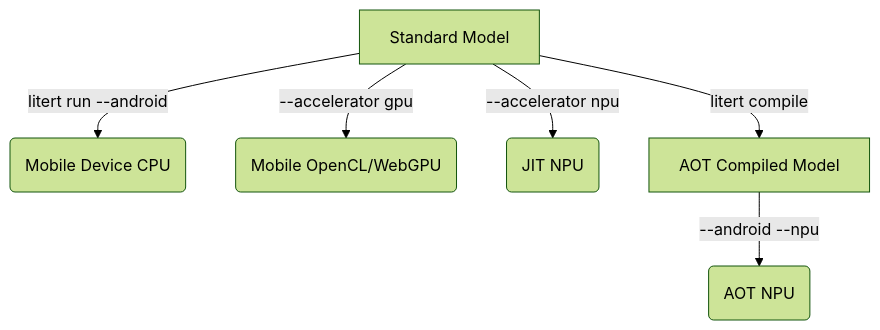
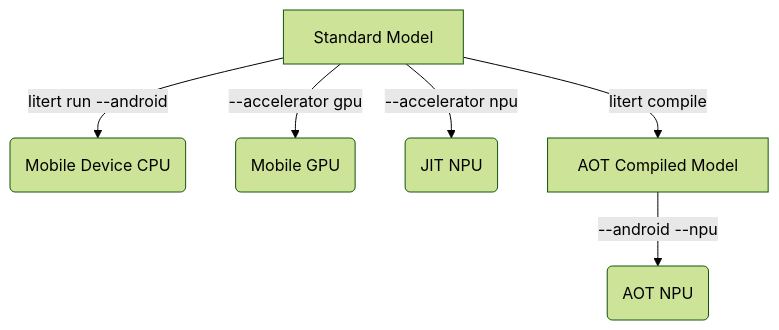
One commit to google-ai-edge/LiteRT-CLI changed the third of 3 diagrams in examples/codelabs/cli_101.md. Above: the diagram before and after it, drawn with Mermaid (forest theme). The commit also changed other lines of this file and 3 other files, not shown here.

````diff
--- a/examples/codelabs/cli_101.md
+++ b/examples/codelabs/cli_101.md
@@ -280,8 +278,8 @@
 ```mermaid
 graph TD
     A[Standard Model] -->|litert run --android| B(Mobile Device CPU)
-    A -->|--accelerator gpu| C(Mobile OpenCL/WebGPU)
+    A -->|--accelerator gpu| C(Mobile GPU)
     A -->|--accelerator npu| D(JIT NPU)
     A -->|litert compile| E[AOT Compiled Model]
     E -->|--android --npu| F(AOT NPU)
 ```
````
